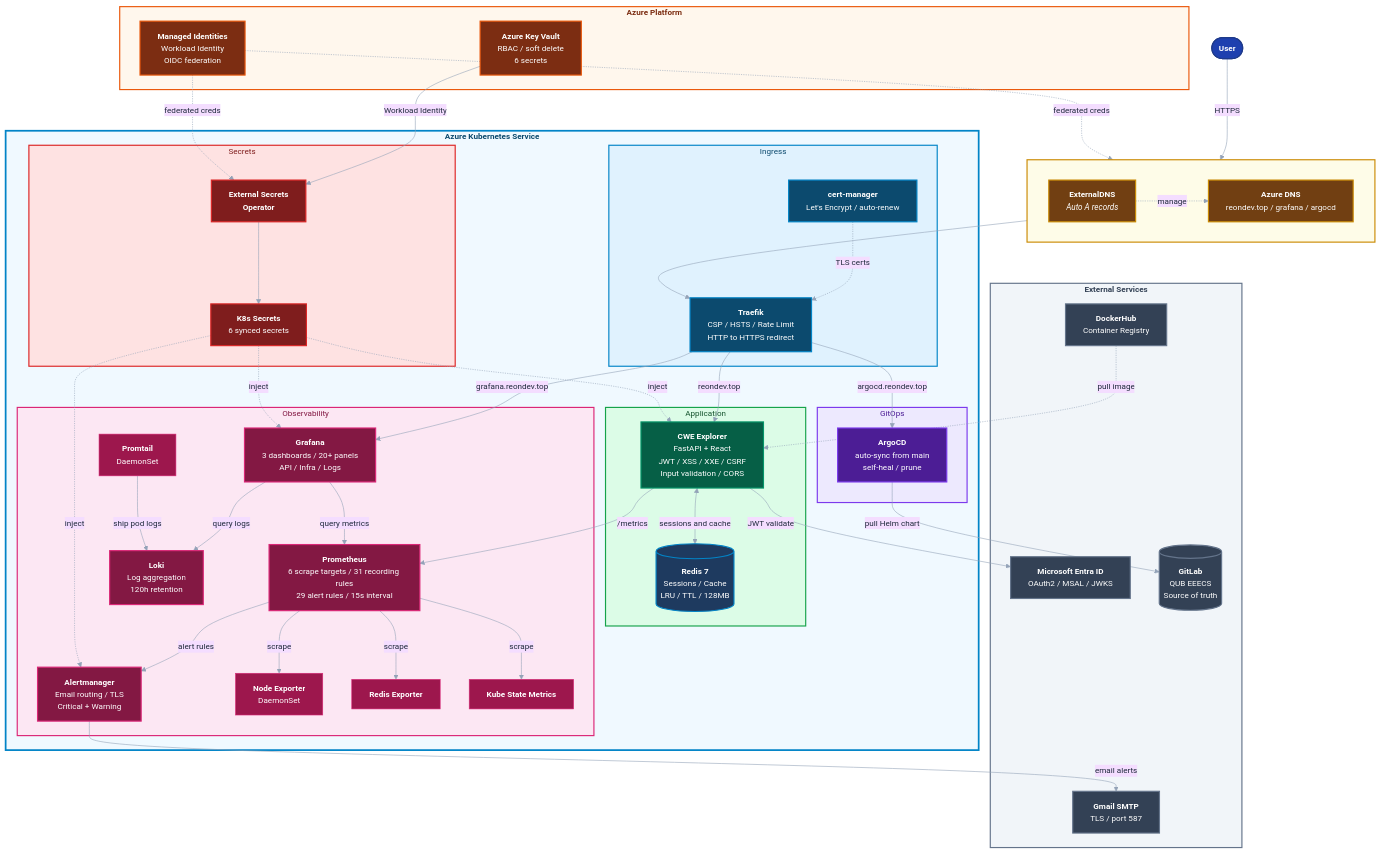
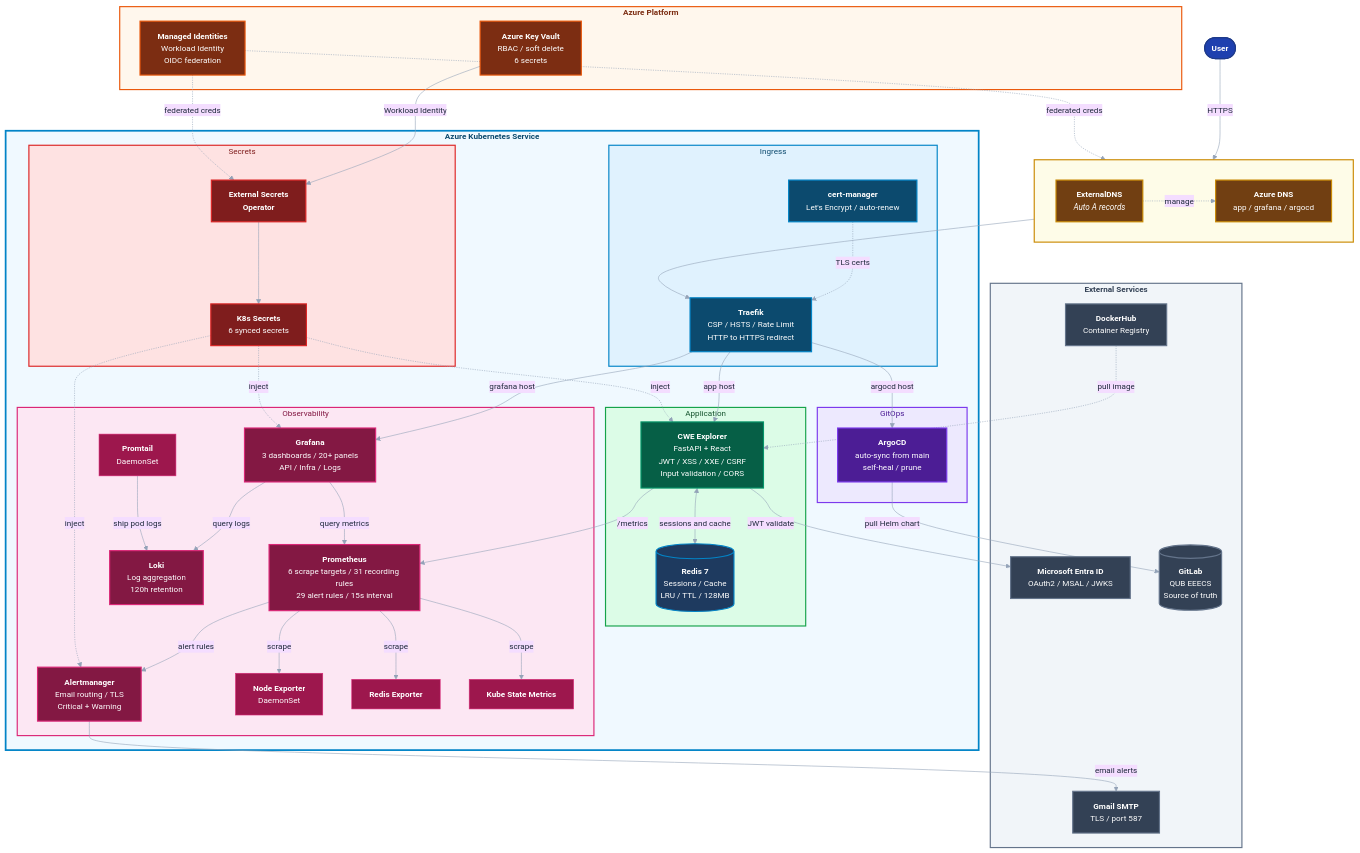
One commit to reonbritto/test-proj changed the first of 2 diagrams in README.md. Above: the diagram before and after it, drawn with Mermaid. The commit also changed other lines of this file, not shown here.

```diff
--- a/README.md
+++ b/README.md
@@ -76,7 +76,7 @@
 
     subgraph INTERNET[" "]
         direction LR
-        DNS["<b>Azure DNS</b><br/>reondev.top / grafana / argocd"]
+        DNS["<b>Azure DNS</b><br/>app / grafana / argocd"]
         ExtDNS["<b>ExternalDNS</b><br/><i>Auto A records</i>"]
         ExtDNS -.->|manage| DNS
     end
@@ -131,9 +131,9 @@
         GL[("<b>GitLab</b><br/>QUB EEECS<br/>Source of truth")]
     end
 
-    Traefik -->|reondev.top| App
-    Traefik -->|grafana.reondev.top| Grafana
-    Traefik -->|argocd.reondev.top| ArgoCD
+    Traefik -->|app host| App
+    Traefik -->|grafana host| Grafana
+    Traefik -->|argocd host| ArgoCD
 
     App -->|/metrics| Prometheus
     Prometheus -->|scrape| NodeExp
```
